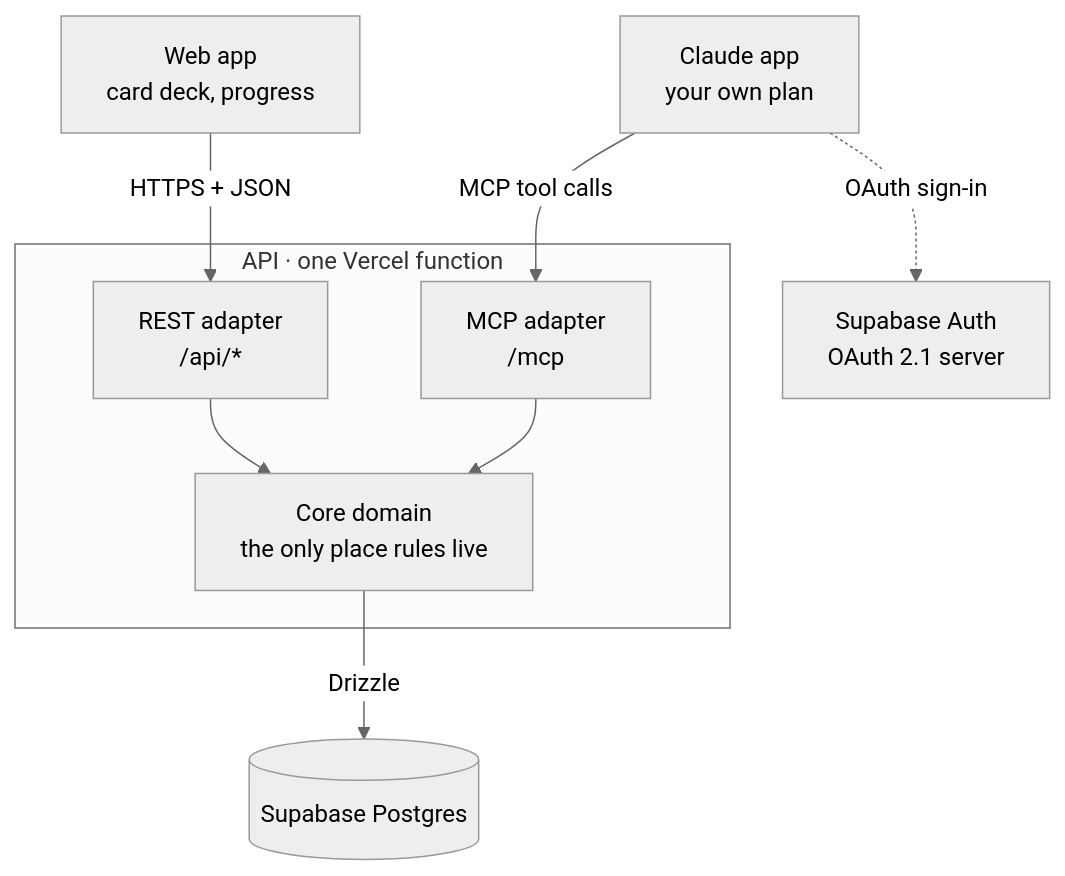
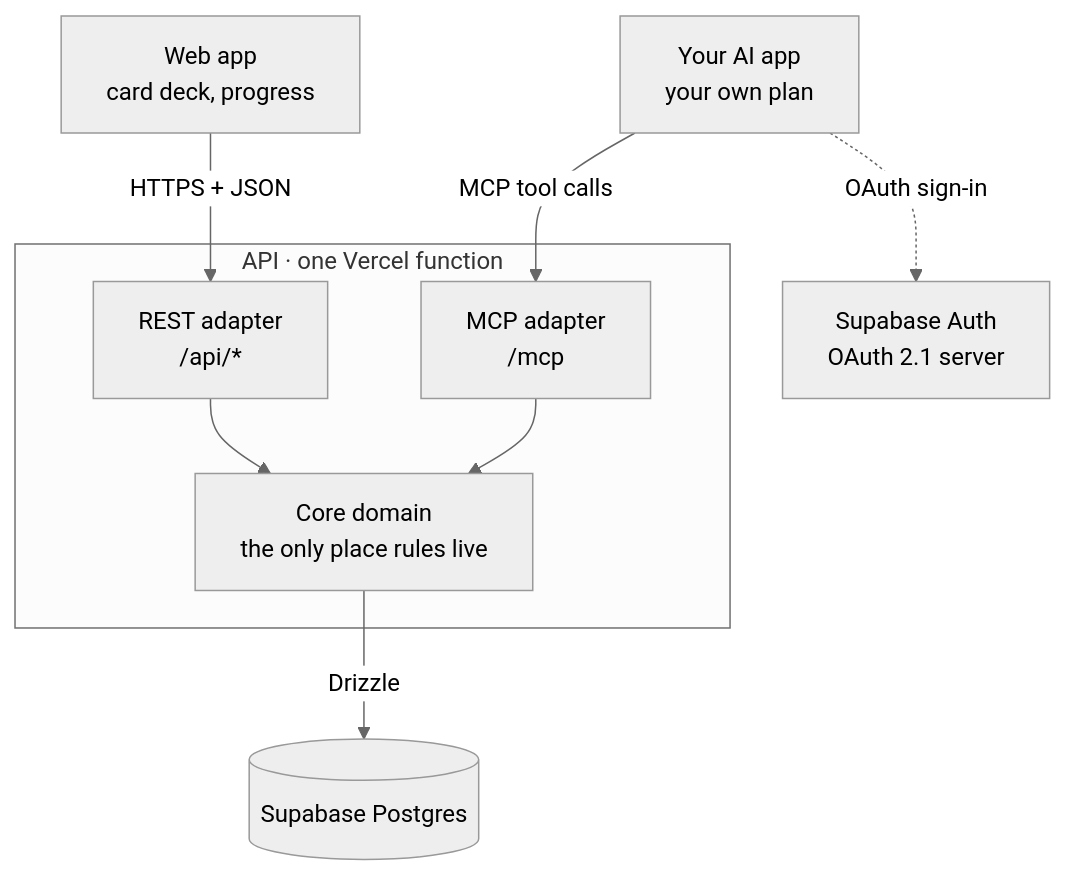
The diagram in README.md (Solivagant14/prepup), drawn with Mermaid (neutral theme) before and after one commit. The commit also changed other lines of this file and 32 other files, not shown here.

````diff
--- a/README.md
+++ b/README.md
@@ -42,14 +41,14 @@
 ```mermaid
 flowchart TB
   web["Web app<br/>card deck, progress"] -->|HTTPS + JSON| rest
-  claude["Claude app<br/>your own plan"] -->|MCP tool calls| mcp
+  claude["Your AI app<br/>your own plan"] -->|MCP tool calls| mcp
   subgraph api["API · one Vercel function"]
     rest["REST adapter<br/>/api/*"]
     mcp["MCP adapter<br/>/mcp"]
     core["Core domain<br/>the only place rules live"]
     rest --> core
     mcp --> core
   end
   core -->|Drizzle| db[("Supabase Postgres")]
   claude -. OAuth sign-in .-> sauth["Supabase Auth<br/>OAuth 2.1 server"]
 ```
````
